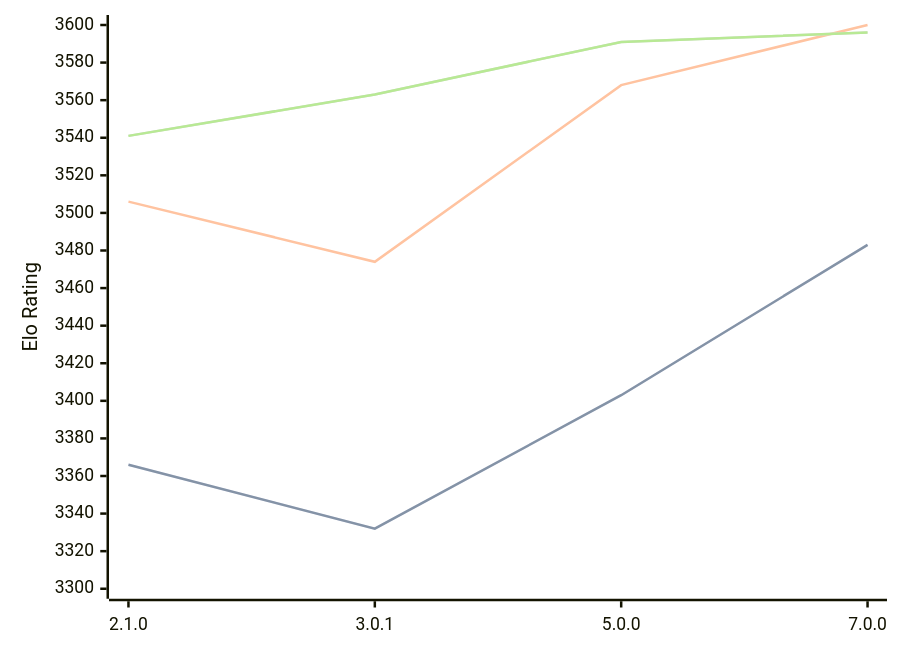
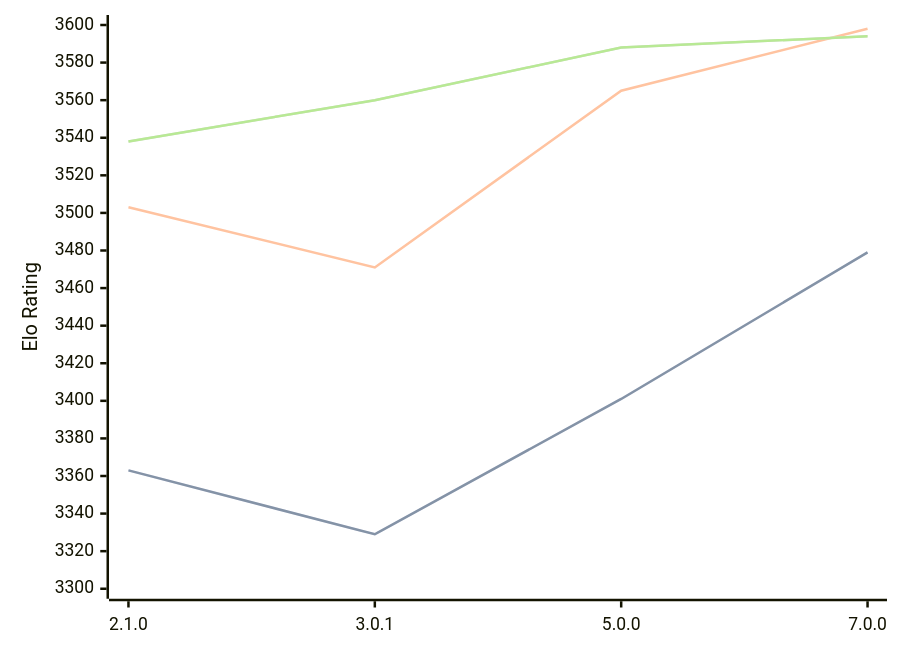
One commit to computer-chess-index/cci changed the diagram in engines/PlentyChess.md. Above: the diagram before and after it, drawn with Mermaid. The commit also changed other lines of this file, not shown here.

Commit message:
Update CCI Ratings (ELO VLTC) - 2026-04-23

````diff
--- a/engines/PlentyChess.md
+++ b/engines/PlentyChess.md
@@ -45,11 +45,11 @@
 ```mermaid
 %%{init: {"theme":"base","themeVariables":{"seriesColors:['#a3a3a3','#222221','#faa371']}}}%%
 xychart-beta
   x-axis ["2.1.0", "3.0.1", "5.0.0", "7.0.0"]
   y-axis "Elo Rating" 3300 --> 3600
-  line "STC (8.0+0.08s)" [3366, 3332, 3403, 3483]
-  line "STC (8.0+0.08s)" [3366, 3332, 3403, 3483]
-  line "LTC (60.0+0.60s)" [3506, 3474, 3568, 3600]
-  line "VLTC (2m24s+1.12s)" [3541, 3563, 3591, 3596]
-  line "VLTC (2m24s+1.12s)" [3541, 3563, 3591, 3596]
+  line "STC (8.0+0.08s)" [3363, 3329, 3401, 3479]
+  line "STC (8.0+0.08s)" [3363, 3329, 3401, 3479]
+  line "LTC (60.0+0.60s)" [3503, 3471, 3565, 3598]
+  line "VLTC (2m24s+1.12s)" [3538, 3560, 3588, 3594]
+  line "VLTC (2m24s+1.12s)" [3538, 3560, 3588, 3594]
 ```
````
